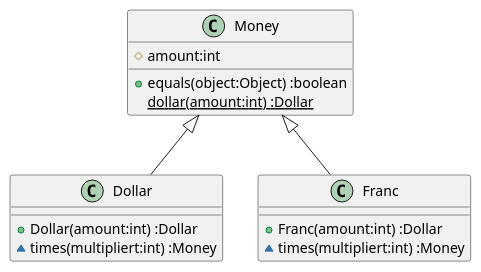
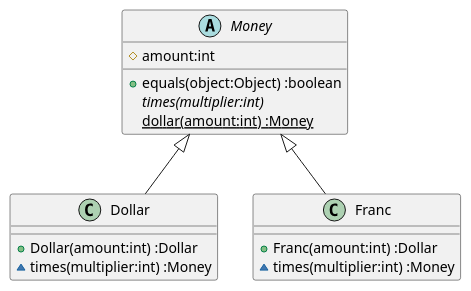
The diagram in docs/src/TDD.md (k2works/etude_for_java), drawn with PlantUML before and after one commit. The commit also changed 3 other files, not shown here.

````diff
--- a/docs/src/TDD.md
+++ b/docs/src/TDD.md
@@ -61,17 +61,18 @@
 ```puml
 class Dollar {
   +Dollar(amount:int) :Dollar
-  ~times(multipliert:int) :Money
+  ~times(multiplier:int) :Money
 }
 class Franc {
   +Franc(amount:int) :Dollar
-  ~times(multipliert:int) :Money
+  ~times(multiplier:int) :Money
 }
-class Money {
+abstract Money {
   #amount:int
   +equals(object:Object) :boolean  
-  {static} dollar(amount:int) :Dollar
+  {abstract} times(multiplier:int)
+  {static} dollar(amount:int) :Money
 }
 Money <|-- Dollar
 Money <|-- Franc
 ```
````
